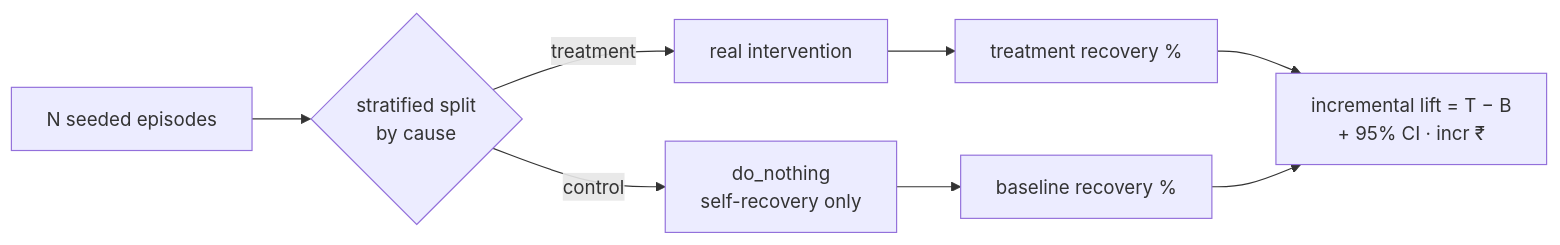
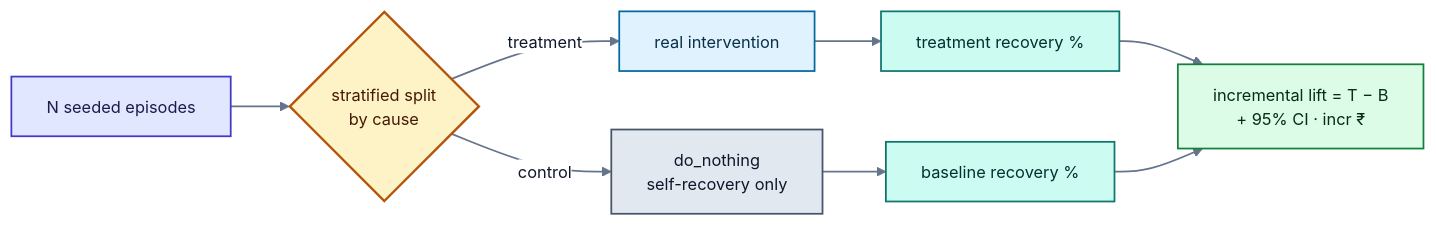
One commit to Vigyant05/razorpay_hack changed the fourth of 5 diagrams in README.md. Above: the diagram before and after it, drawn with Mermaid. The commit also changed other lines of this file, not shown here.

First line of the commit message:
Colour the README diagrams on a white canvas

````diff
--- a/README.md
+++ b/README.md
@@ -156,10 +201,30 @@
 ```mermaid
+%%{init: {'theme':'base','themeVariables':{'background':'#ffffff','primaryColor':'#f8fafc','primaryTextColor':'#0f172a','primaryBorderColor':'#94a3b8','secondaryColor':'#f1f5f9','tertiaryColor':'#ffffff','lineColor':'#64748b','fontSize':'14px','clusterBkg':'#fbfdff','clusterBorder':'#cbd5e1','edgeLabelBackground':'#ffffff','nodeTextColor':'#0f172a','titleColor':'#0f172a'}}}%%
 flowchart LR
   N["N seeded episodes"] --> S{"stratified split<br/>by cause"}
   S -->|treatment| T["real intervention"]
   S -->|control| K["do_nothing<br/>self-recovery only"]
   T --> R["treatment recovery %"]
   K --> B["baseline recovery %"]
   R --> LIFT["incremental lift = T − B<br/>+ 95% CI · incr ₹"]
   B --> LIFT
+
+  classDef entry fill:#e0e7ff,stroke:#4338ca,stroke-width:1.5px,color:#1e1b4b
+  classDef gate fill:#fef3c7,stroke:#b45309,stroke-width:2px,color:#451a03
+  classDef sign fill:#dcfce7,stroke:#15803d,stroke-width:1.5px,color:#052e16
+  classDef prov fill:#e0f2fe,stroke:#0369a1,stroke-width:1.5px,color:#082f49
+  classDef llm fill:#f3e8ff,stroke:#7c3aed,stroke-width:1.5px,color:#2e1065
+  classDef store fill:#e2e8f0,stroke:#475569,stroke-width:1.5px,color:#0f172a
+  classDef bad fill:#fee2e2,stroke:#b91c1c,stroke-width:1.5px,color:#450a0a
+  classDef calc fill:#ccfbf1,stroke:#0f766e,stroke-width:1.5px,color:#042f2e
+  classDef view fill:#fce7f3,stroke:#be185d,stroke-width:1.5px,color:#500724
+
+  class N entry
+  class S gate
+  class T prov
+  class K store
+  class R,B calc
+  class LIFT sign
+
+  linkStyle default stroke:#64748b,stroke-width:1.5px
 ```
````
